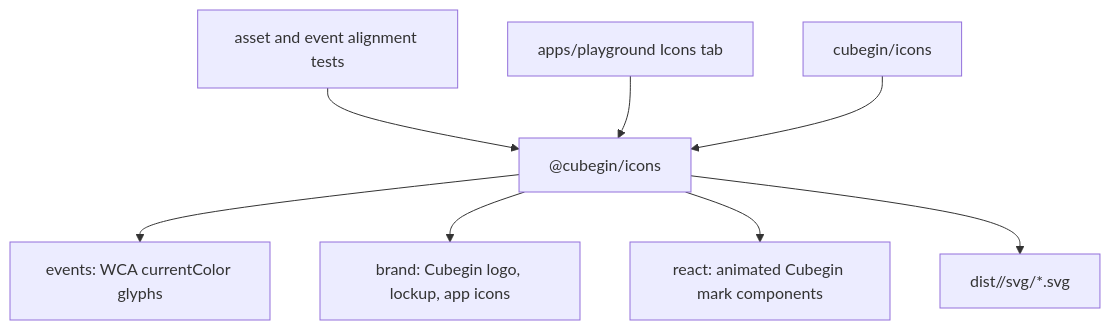
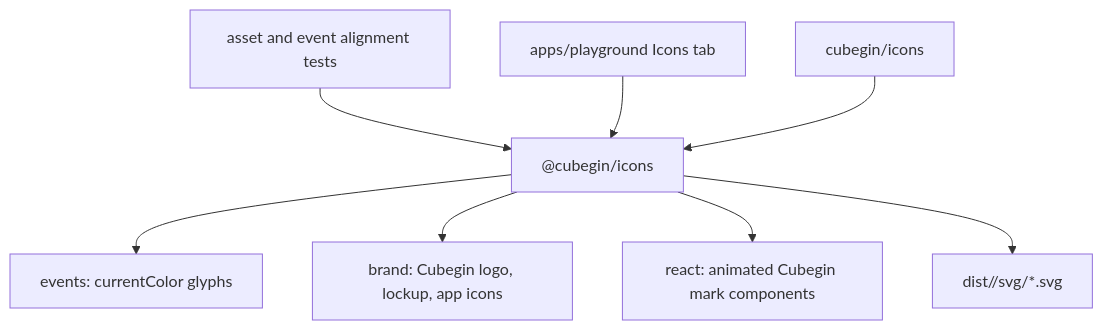
One commit to deweyou/cube-kit changed the diagram in docs/packages/icons/index.md. Above: the diagram before and after it, drawn with Mermaid. The commit also changed other lines of this file and 121 other files, not shown here.

````diff
--- a/docs/packages/icons/index.md
+++ b/docs/packages/icons/index.md
@@ -3,10 +3,10 @@
 ```mermaid
 flowchart TD
-    Icons["@cubegin/icons"] --> Events["events: WCA currentColor glyphs"]
+    Icons["@cubegin/icons"] --> Events["events: currentColor glyphs"]
     Icons --> Brand["brand: Cubegin logo, lockup, app icons"]
     Icons --> React["react: animated Cubegin mark components"]
     Icons --> StaticFiles["dist/<group>/svg/*.svg"]
     Tests["asset and event alignment tests"] --> Icons
     Playground["apps/playground Icons tab"] --> Icons
     Public["cubegin/icons"] --> Icons
 ```
````
